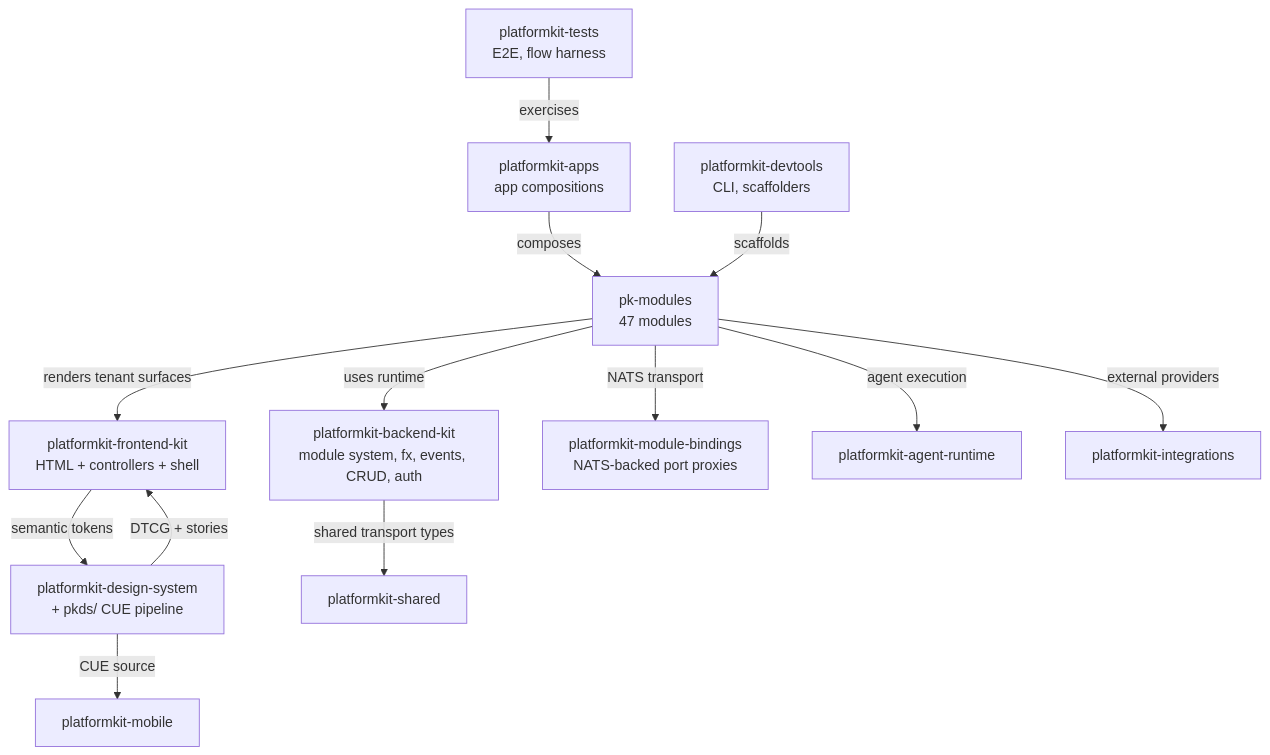
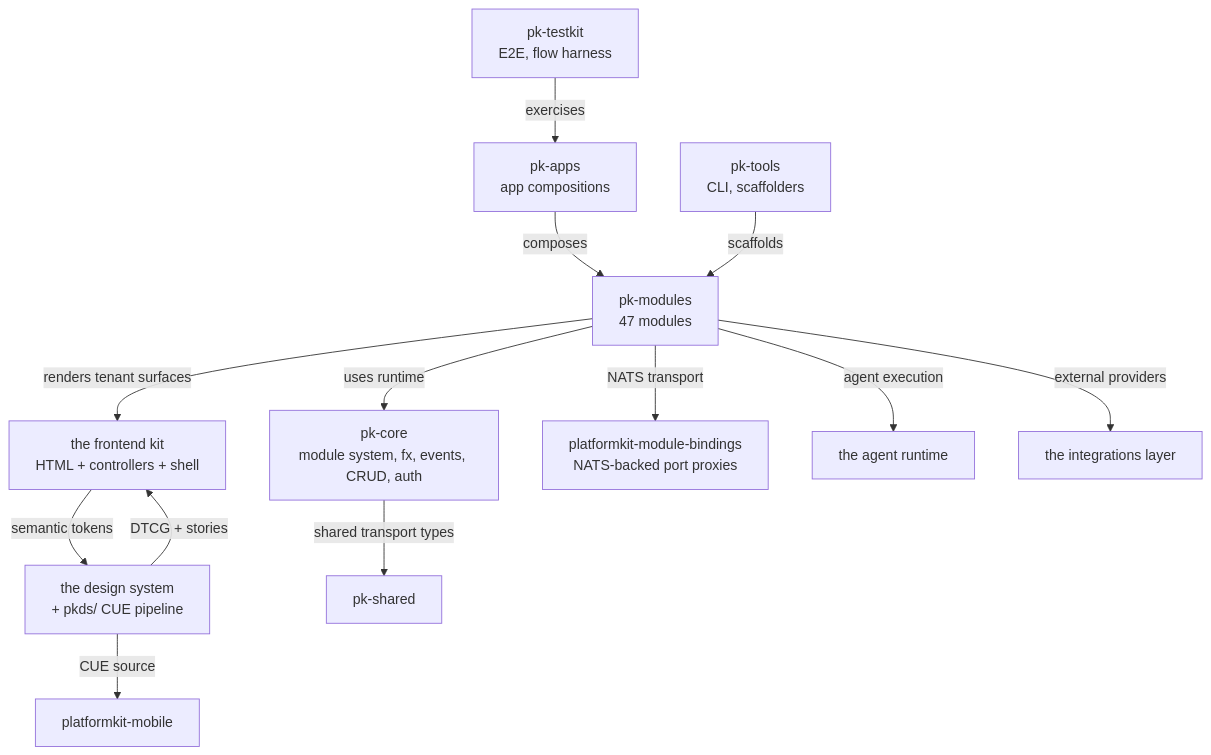
Before and after one commit to septagon-oss/pk-docs: the first of 2 diagrams in architecture/05-building-block-view.md, drawn with Mermaid. The commit also changed other lines of this file and 224 other files, not shown here.

````diff
--- a/architecture/05-building-block-view.md
+++ b/architecture/05-building-block-view.md
@@ -20,15 +20,15 @@
 ```mermaid
 flowchart TB
-    Apps["platformkit-apps<br/>app compositions"] -->|"composes"| Modules["pk-modules<br/>47 modules"]
-    Modules -->|"uses runtime"| Backend["platformkit-backend-kit<br/>module system, fx, events, CRUD, auth"]
-    Modules -->|"renders tenant surfaces"| Frontend["platformkit-frontend-kit<br/>HTML + controllers + shell"]
-    Frontend -->|"semantic tokens"| Design["platformkit-design-system<br/>+ pkds/ CUE pipeline"]
+    Apps["pk-apps<br/>app compositions"] -->|"composes"| Modules["pk-modules<br/>47 modules"]
+    Modules -->|"uses runtime"| Backend["pk-core<br/>module system, fx, events, CRUD, auth"]
+    Modules -->|"renders tenant surfaces"| Frontend["the frontend kit<br/>HTML + controllers + shell"]
+    Frontend -->|"semantic tokens"| Design["the design system<br/>+ pkds/ CUE pipeline"]
     Design -->|"DTCG + stories"| Frontend
     Modules -->|"NATS transport"| Bindings["platformkit-module-bindings<br/>NATS-backed port proxies"]
-    Backend -->|"shared transport types"| Shared["platformkit-shared"]
-    Modules -->|"agent execution"| Agents["platformkit-agent-runtime"]
-    Modules -->|"external providers"| Integrations["platformkit-integrations"]
+    Backend -->|"shared transport types"| Shared["pk-shared"]
+    Modules -->|"agent execution"| Agents["the agent runtime"]
+    Modules -->|"external providers"| Integrations["the integrations layer"]
     Design -->|"CUE source"| Mobile["platformkit-mobile"]
-    Tests["platformkit-tests<br/>E2E, flow harness"] -->|"exercises"| Apps
-    Devtools["platformkit-devtools<br/>CLI, scaffolders"] -->|"scaffolds"| Modules
+    Tests["pk-testkit<br/>E2E, flow harness"] -->|"exercises"| Apps
+    Devtools["pk-tools<br/>CLI, scaffolders"] -->|"scaffolds"| Modules
 ```
````
